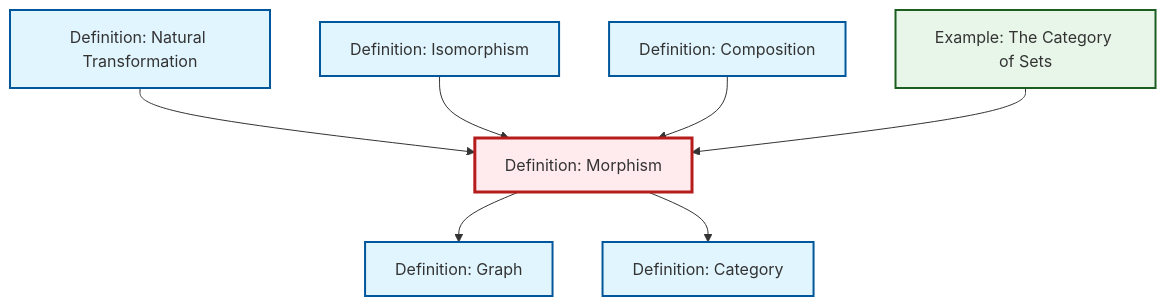
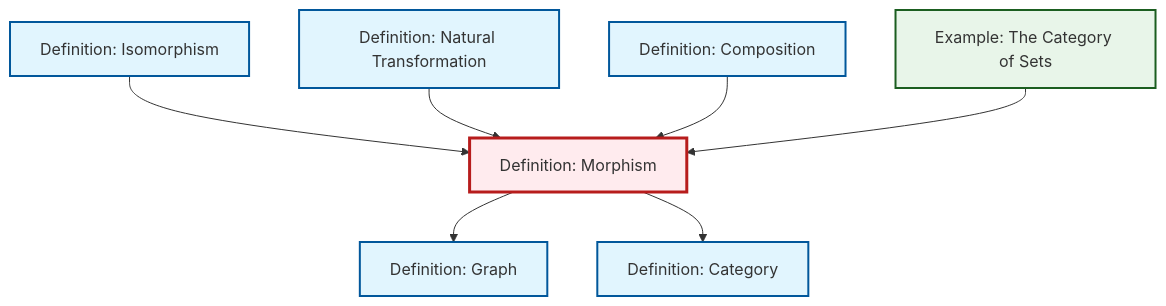
The diagram in output/mermaid/def-morphism.mermaid (RK0429/ModernMath), drawn with Mermaid before and after one commit. The commit also changed other lines of this file and 360 other files, not shown here.

```diff
--- a/output/mermaid/def-morphism.mermaid
+++ b/output/mermaid/def-morphism.mermaid
@@ -1,21 +1,21 @@
 %%| fig-cap: "Local dependency graph"
 graph TD
     classDef definition fill:#e1f5fe,stroke:#01579b,stroke-width:2px
     classDef theorem fill:#f3e5f5,stroke:#4a148c,stroke-width:2px
     classDef axiom fill:#fff3e0,stroke:#e65100,stroke-width:2px
     classDef example fill:#e8f5e9,stroke:#1b5e20,stroke-width:2px
     classDef current fill:#ffebee,stroke:#b71c1c,stroke-width:3px
     def-composition["Definition: Composition"]:::definition
+    def-morphism["Definition: Morphism"]:::definition
+    def-isomorphism["Definition: Isomorphism"]:::definition
     def-category["Definition: Category"]:::definition
     def-natural-transformation["Definition: Natural Transformation"]:::definition
-    def-morphism["Definition: Morphism"]:::definition
     def-graph["Definition: Graph"]:::definition
     ex-set-category["Example: The Category of Sets"]:::example
-    def-isomorphism["Definition: Isomorphism"]:::definition
-    def-natural-transformation --> def-morphism
     def-morphism --> def-graph
     def-isomorphism --> def-morphism
+    def-morphism --> def-category
+    def-natural-transformation --> def-morphism
     def-composition --> def-morphism
-    def-morphism --> def-category
     ex-set-category --> def-morphism
     class def-morphism current
```
